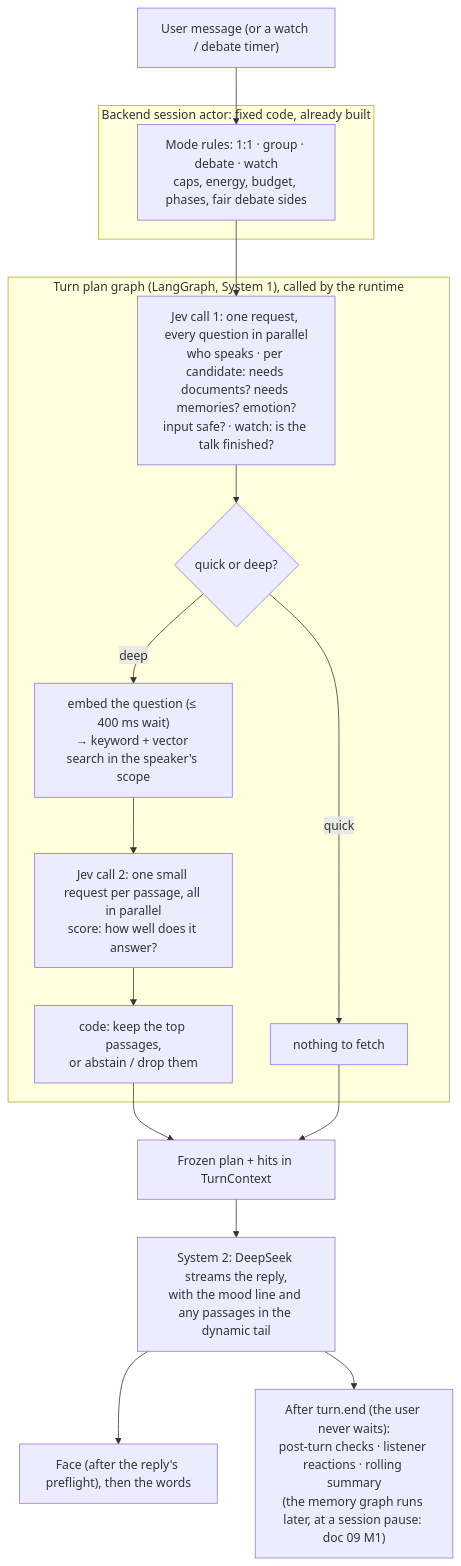
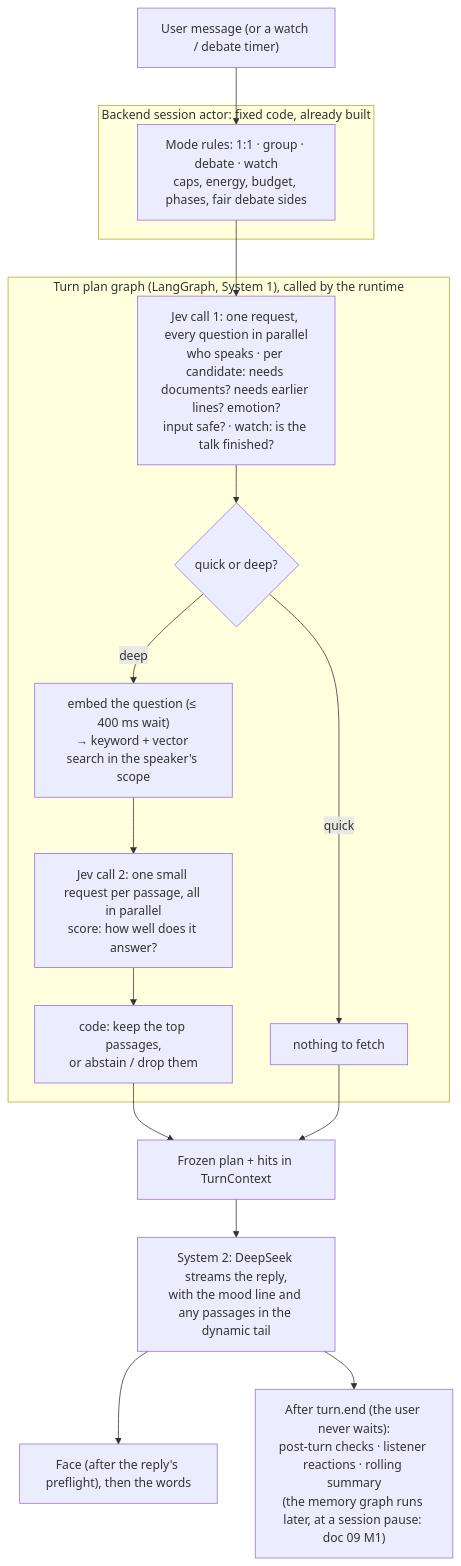
The diagram in docs/ai/01-agent-architecture.md (weihang369/Horizon), drawn with Mermaid before and after one commit. The commit also changed other lines of this file and 8 other files, not shown here.

````diff
--- a/docs/ai/01-agent-architecture.md
+++ b/docs/ai/01-agent-architecture.md
@@ -89,21 +89,21 @@
 ```mermaid
 flowchart TD
     U["User message (or a watch / debate timer)"] --> A
     subgraph BACKEND["Backend session actor: fixed code, already built"]
         A["Mode rules: 1:1 · group · debate · watch<br/>caps, energy, budget, phases, fair debate sides"]
     end
     A --> P1
     subgraph PLAN["Turn plan graph (LangGraph, System 1), called by the runtime"]
-        P1["Jev call 1: one request, every question in parallel<br/>who speaks · per candidate: needs documents? needs memories? emotion?<br/>input safe? · watch: is the talk finished?"]
+        P1["Jev call 1: one request, every question in parallel<br/>who speaks · per candidate: needs documents? needs earlier lines? emotion?<br/>input safe? · watch: is the talk finished?"]
         P1 --> G{"quick or deep?"}
         G -->|deep| E["embed the question (≤ 400 ms wait)<br/>→ keyword + vector search in the speaker's scope"]
         E --> J2["Jev call 2: one small request per passage, all in parallel<br/>score: how well does it answer?"]
         J2 --> C["code: keep the top passages,<br/>or abstain / drop them"]
         G -->|quick| F["nothing to fetch"]
     end
     C --> R
     F --> R
     R["Frozen plan + hits in TurnContext"] --> DS["System 2: DeepSeek streams the reply,<br/>with the mood line and any passages in the dynamic tail"]
     DS --> SHOW["Face (after the reply's preflight), then the words"]
     DS --> AFTER["After turn.end (the user never waits):<br/>post-turn checks · listener reactions · rolling summary<br/>(the memory graph runs later, at a session pause: doc 09 M1)"]
 ```
````
